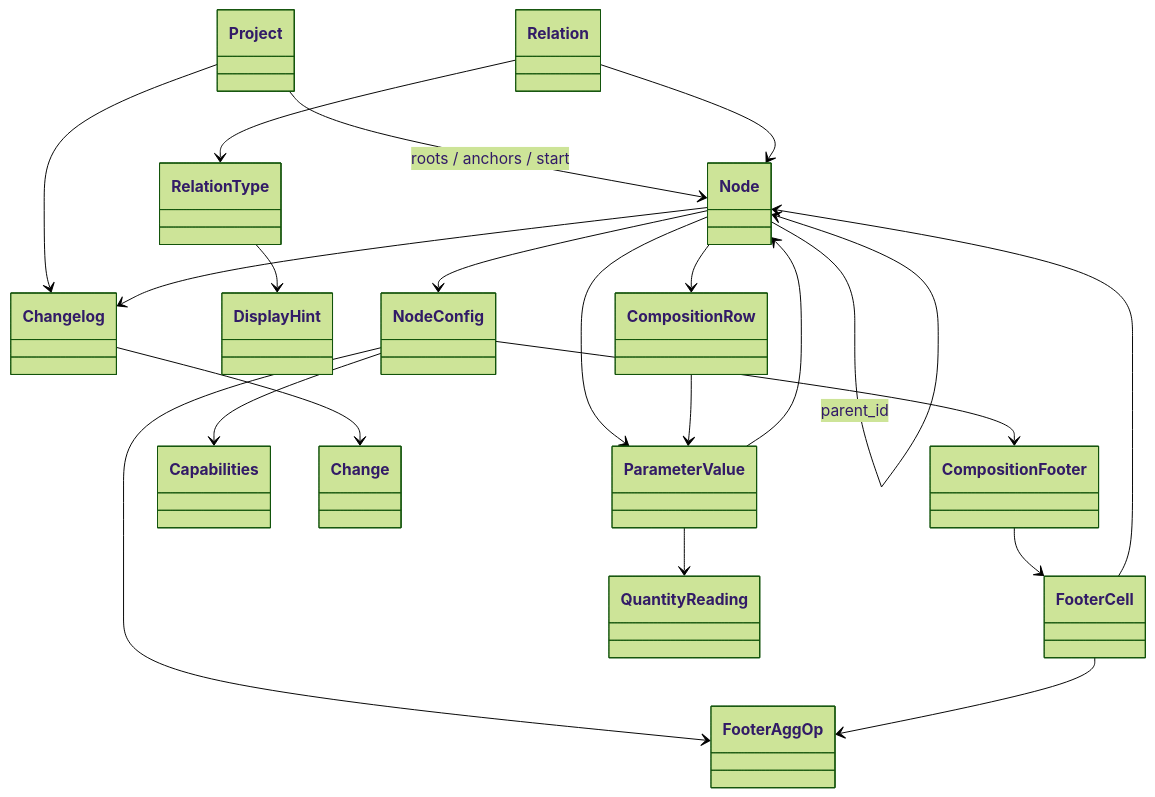
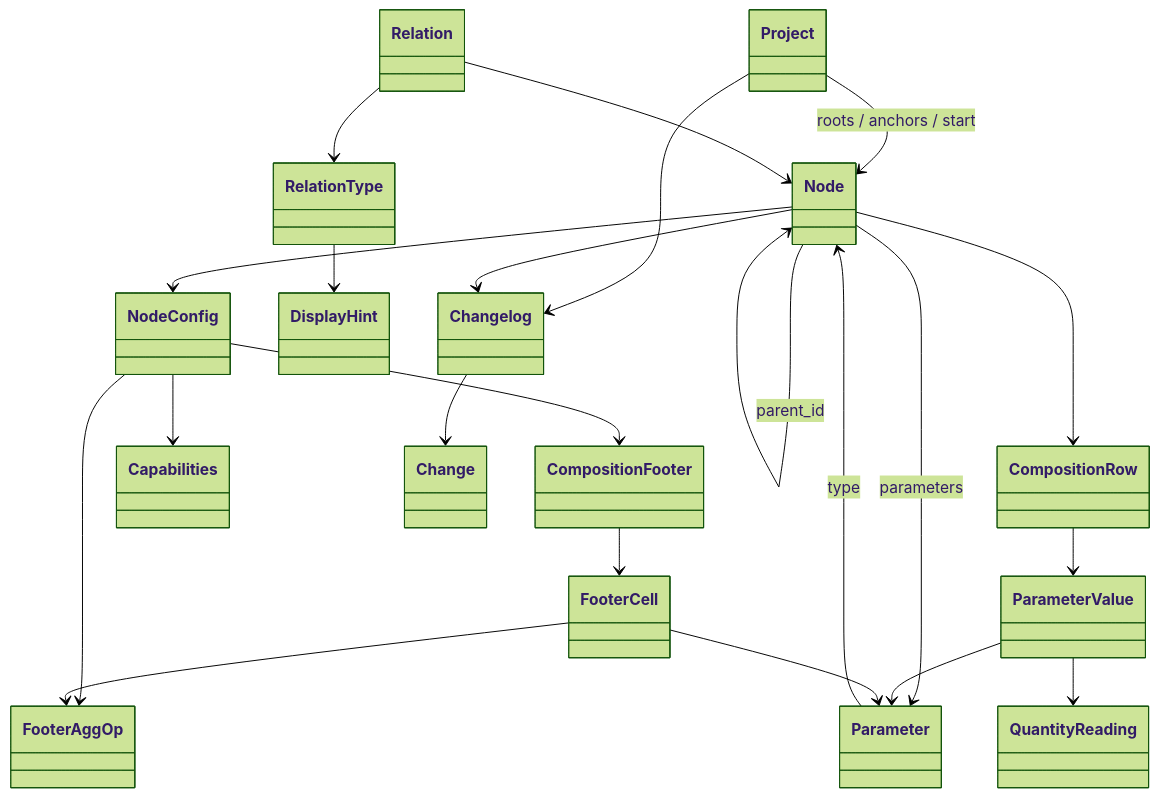
One commit to sfambach/wp-taxonomy-modeler changed the first of 8 diagrams in docs/plans/data-structure.md. Above: the diagram before and after it, drawn with Mermaid (forest theme). The commit also changed other lines of this file and 8 other files, not shown here.

````diff
--- a/docs/plans/data-structure.md
+++ b/docs/plans/data-structure.md
@@ -61,40 +61,42 @@
 ```mermaid
 classDiagram
   direction TB
   class Project
   class Node
+  class Parameter
   class NodeConfig
   class CompositionFooter
   class FooterCell
   class FooterAggOp
   class Capabilities
   class Relation
   class RelationType
   class DisplayHint
   class Changelog
   class Change
   class ParameterValue
   class CompositionRow
   class QuantityReading
 
   Project --> Node : roots / anchors / start
   Project --> Changelog
   Node --> Node : parent_id
+  Node --> Parameter : parameters
   Node --> NodeConfig
   Node --> Changelog
   Node --> CompositionRow
-  Node --> ParameterValue
+  Parameter --> Node : type
+  ParameterValue --> Parameter
   NodeConfig --> Capabilities
   NodeConfig --> CompositionFooter
   NodeConfig --> FooterAggOp
   CompositionFooter --> FooterCell
   FooterCell --> FooterAggOp
-  FooterCell --> Node
+  FooterCell --> Parameter
   Changelog --> Change
   Relation --> Node
   Relation --> RelationType
   RelationType --> DisplayHint
   CompositionRow --> ParameterValue
-  ParameterValue --> Node
   ParameterValue --> QuantityReading
 ```
````
